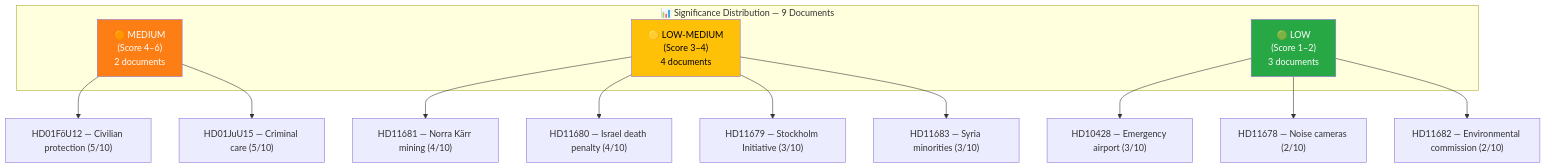
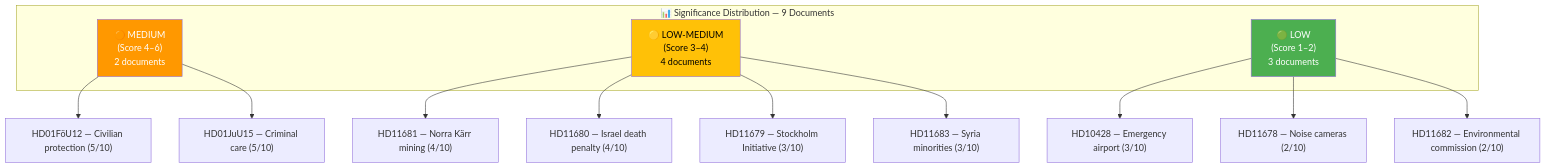
Before and after one commit to Hack23/riksdagsmonitor: the diagram in analysis/daily/2026-04-06/realtime-1029/significance-scoring.md, drawn with Mermaid. The commit also changed 785 other files, not shown here.

First line of the commit message:
Normalize mermaid colors across 786 analysis artifacts to ISMS Style Guide palette

````diff
--- a/analysis/daily/2026-04-06/realtime-1029/significance-scoring.md
+++ b/analysis/daily/2026-04-06/realtime-1029/significance-scoring.md
@@ -16,22 +16,22 @@
 ```mermaid
 graph TD
     subgraph "📊 Significance Distribution — 9 Documents"
         HIGH["🟠 MEDIUM<br/>(Score 4–6)<br/>2 documents"]
         MED["🟡 LOW-MEDIUM<br/>(Score 3–4)<br/>4 documents"]
         LOW["🟢 LOW<br/>(Score 1–2)<br/>3 documents"]
     end
 
     HIGH --> H1["HD01FöU12 — Civilian protection (5/10)"]
     HIGH --> H2["HD01JuU15 — Criminal care (5/10)"]
     MED --> M1["HD11681 — Norra Kärr mining (4/10)"]
     MED --> M2["HD11680 — Israel death penalty (4/10)"]
     MED --> M3["HD11679 — Stockholm Initiative (3/10)"]
     MED --> M4["HD11683 — Syria minorities (3/10)"]
     LOW --> L1["HD10428 — Emergency airport (3/10)"]
     LOW --> L2["HD11678 — Noise cameras (2/10)"]
     LOW --> L3["HD11682 — Environmental commission (2/10)"]
 
-    style HIGH fill:#fd7e14,color:#fff
-    style MED fill:#ffc107,color:#000
-    style LOW fill:#28a745,color:#fff
+    style HIGH fill:#FF9800,color:#FFFFFF
+    style MED fill:#FFC107,color:#000000
+    style LOW fill:#4CAF50,color:#FFFFFF
 ```
````
